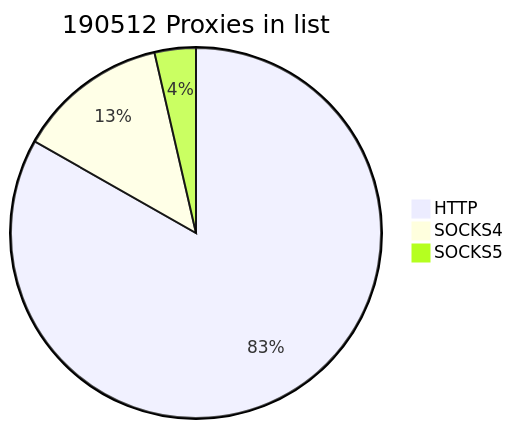
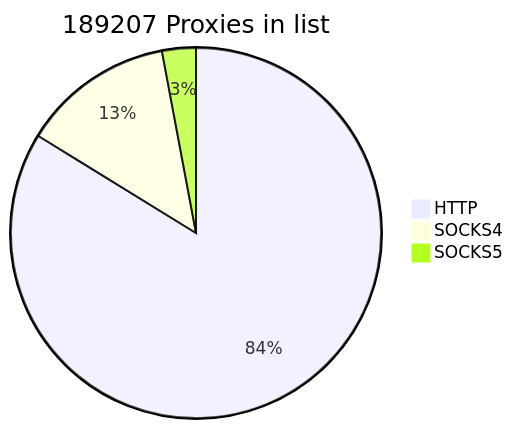
Before and after one commit to cutipu/proxylist: the first of 2 diagrams in README.md, drawn with Mermaid. The commit also changed other lines of this file, not shown here.

````diff
--- a/README.md
+++ b/README.md
@@ -2,7 +2,7 @@
 ```mermaid
-pie title 190512 Proxies in list
-    "HTTP" : 158547
-    "SOCKS4" : 25102
-    "SOCKS5" : 6863
+pie title 189207 Proxies in list
+    "HTTP" : 158521
+    "SOCKS4" : 25101
+    "SOCKS5" : 5585
             
 ```
````
